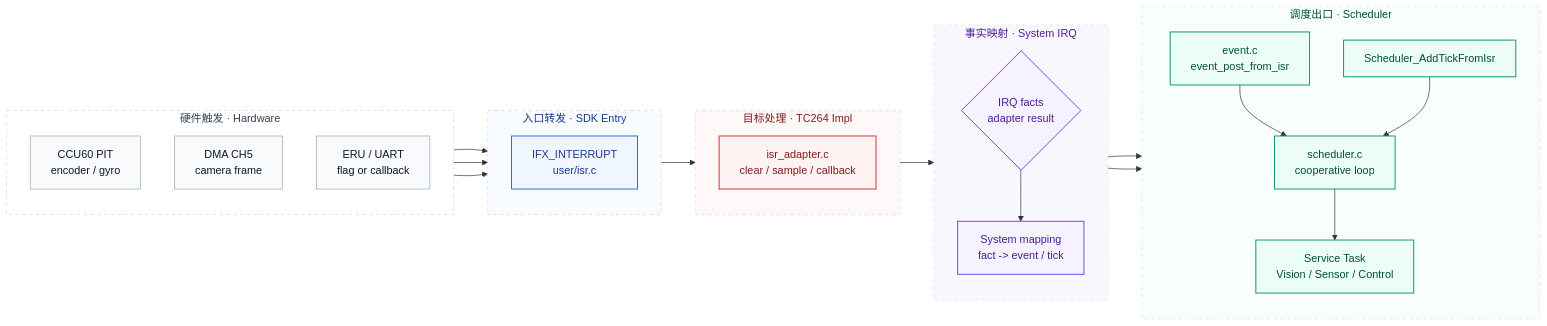
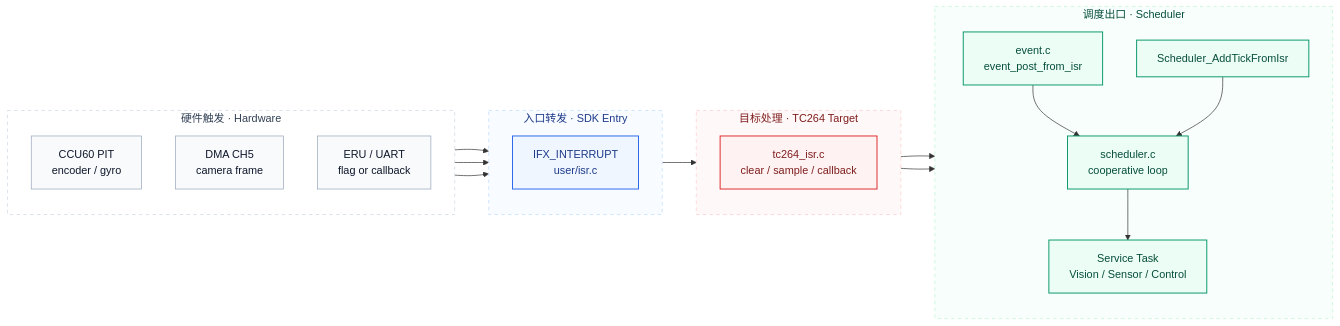
Before and after one commit to ParacosmYy/GS_Smart_car: the second of 2 diagrams in README.md, drawn with Mermaid. The commit also changed other lines of this file and 22 other files, not shown here.

````diff
--- a/README.md
+++ b/README.md
@@ -104,59 +105,50 @@
 ```mermaid
 flowchart LR
     subgraph H["硬件触发 · Hardware"]
         direction TB
         PIT["CCU60 PIT<br/>encoder / gyro"]
         DMA["DMA CH5<br/>camera frame"]
         IO["ERU / UART<br/>flag or callback"]
     end
 
     subgraph E["入口转发 · SDK Entry"]
         direction TB
         ISR["IFX_INTERRUPT<br/>user/isr.c"]
     end
 
-    subgraph R["事实映射 · System IRQ"]
+    subgraph I["目标处理 · TC264 Target"]
         direction TB
-        FACT{"IRQ facts<br/>adapter result"}
-        MAP["System mapping<br/>fact -> event / tick"]
-    end
-
-    subgraph I["目标处理 · TC264 Impl"]
-        direction TB
-        ADAPTER["isr_adapter.c<br/>clear / sample / callback"]
+        ADAPTER["tc264_isr.c<br/>clear / sample / callback"]
     end
 
     subgraph S["调度出口 · Scheduler"]
         direction TB
         EVENT["event.c<br/>event_post_from_isr"]
         TICK["Scheduler_AddTickFromIsr"]
         SCHED["scheduler.c<br/>cooperative loop"]
         TASK["Service Task<br/>Vision / Sensor / Control"]
     end
 
     PIT --> ISR
     DMA --> ISR
     IO --> ISR
-    ISR --> ADAPTER --> FACT
-    FACT --> MAP
-    MAP --> EVENT --> SCHED --> TASK
-    MAP --> TICK --> SCHED
+    ISR --> ADAPTER
+    ADAPTER --> EVENT --> SCHED --> TASK
+    ADAPTER --> TICK --> SCHED
 
     class PIT,DMA,IO hardware
     class ISR entry
-    class FACT,MAP system
     class ADAPTER impl
     class EVENT,TICK,SCHED,TASK service
 
     classDef hardware fill:#f8fafc,stroke:#94a3b8,color:#0f172a,stroke-width:1px;
     classDef entry fill:#eff6ff,stroke:#2563eb,color:#1e3a8a,stroke-width:1.4px;
     classDef system fill:#f5f3ff,stroke:#7c3aed,color:#4c1d95,stroke-width:1.4px;
     classDef impl fill:#fef2f2,stroke:#dc2626,color:#7f1d1d,stroke-width:1.4px;
     classDef service fill:#ecfdf5,stroke:#059669,color:#064e3b,stroke-width:1.4px;
 
     style H fill:#ffffff,stroke:#cbd5e1,stroke-dasharray:5 5,color:#334155;
     style E fill:#f8fbff,stroke:#bfdbfe,stroke-dasharray:5 5,color:#1e3a8a;
-    style R fill:#faf8ff,stroke:#ddd6fe,stroke-dasharray:5 5,color:#4c1d95;
     style I fill:#fff8f8,stroke:#fecaca,stroke-dasharray:5 5,color:#7f1d1d;
     style S fill:#f7fefb,stroke:#bbf7d0,stroke-dasharray:5 5,color:#064e3b;
 ```
````
